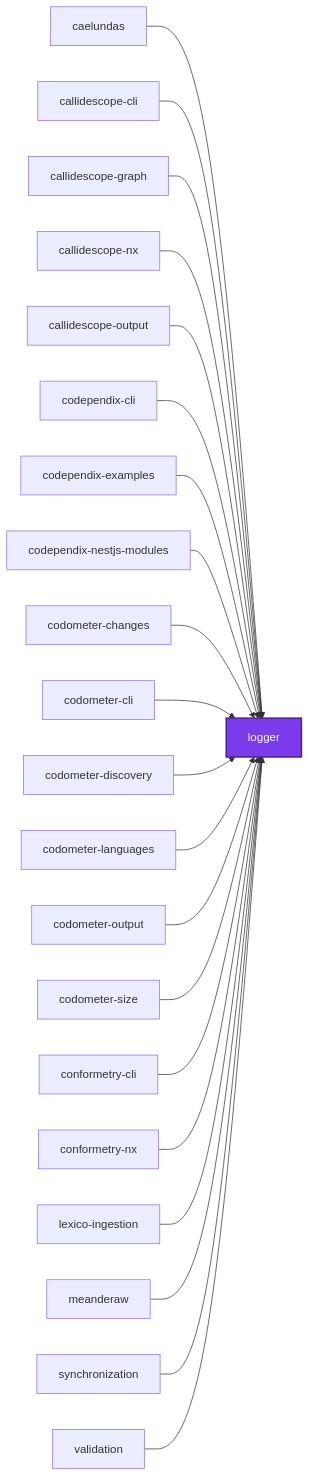
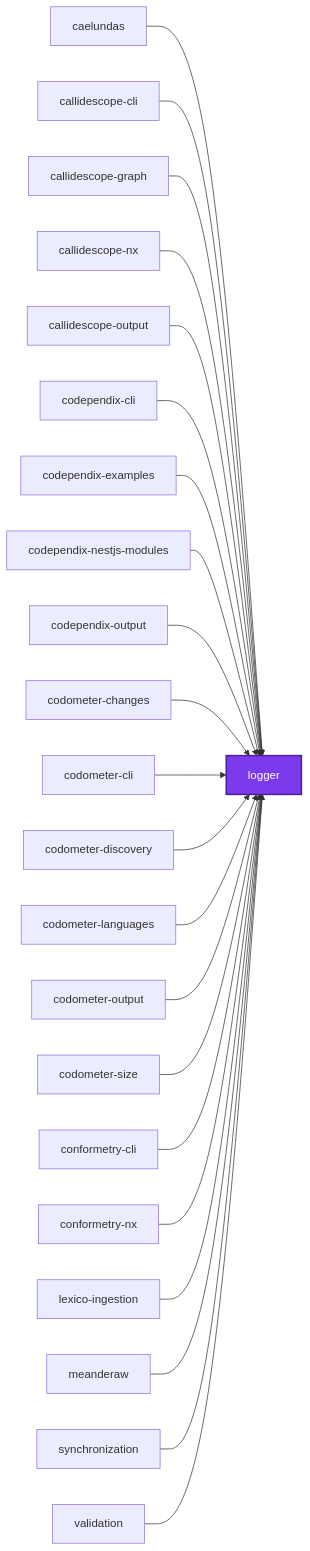
One commit to JimmyPaolini/codebase changed the first of 3 diagrams in packages/logger/README.md. Above: the diagram before and after it, drawn with Mermaid. The commit also changed 4 other files, not shown here.

````diff
--- a/packages/logger/README.md
+++ b/packages/logger/README.md
@@ -136,46 +136,48 @@
 ```mermaid
 graph LR
   caelundas["caelundas"]
   callidescope_cli["callidescope-cli"]
   callidescope_graph["callidescope-graph"]
   callidescope_nx["callidescope-nx"]
   callidescope_output["callidescope-output"]
   codependix_cli["codependix-cli"]
   codependix_examples["codependix-examples"]
   codependix_nestjs_modules["codependix-nestjs-modules"]
+  codependix_output["codependix-output"]
   codometer_changes["codometer-changes"]
   codometer_cli["codometer-cli"]
   codometer_discovery["codometer-discovery"]
   codometer_languages["codometer-languages"]
   codometer_output["codometer-output"]
   codometer_size["codometer-size"]
   conformetry_cli["conformetry-cli"]
   conformetry_nx["conformetry-nx"]
   lexico_ingestion["lexico-ingestion"]
   logger["logger"]
   meanderaw["meanderaw"]
   synchronization["synchronization"]
   validation["validation"]
   caelundas --> logger
   callidescope_cli --> logger
   callidescope_graph --> logger
   callidescope_nx --> logger
   callidescope_output --> logger
   codependix_cli --> logger
   codependix_examples --> logger
   codependix_nestjs_modules --> logger
+  codependix_output --> logger
   codometer_changes --> logger
   codometer_cli --> logger
   codometer_discovery --> logger
   codometer_languages --> logger
   codometer_output --> logger
   codometer_size --> logger
   conformetry_cli --> logger
   conformetry_nx --> logger
   lexico_ingestion --> logger
   meanderaw --> logger
   synchronization --> logger
   validation --> logger
   classDef subject fill:#7c3aed,color:#fff,stroke:#4c1d95,stroke-width:2px
   class logger subject
 ```
````
